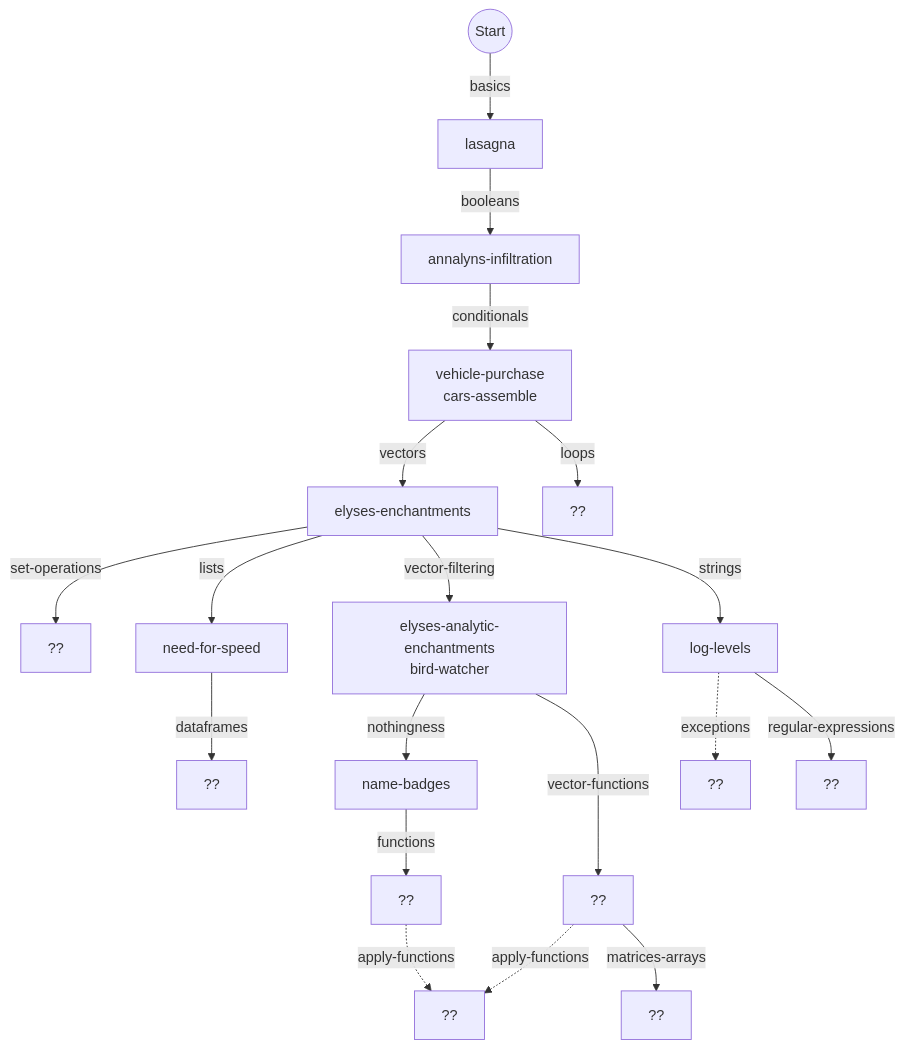
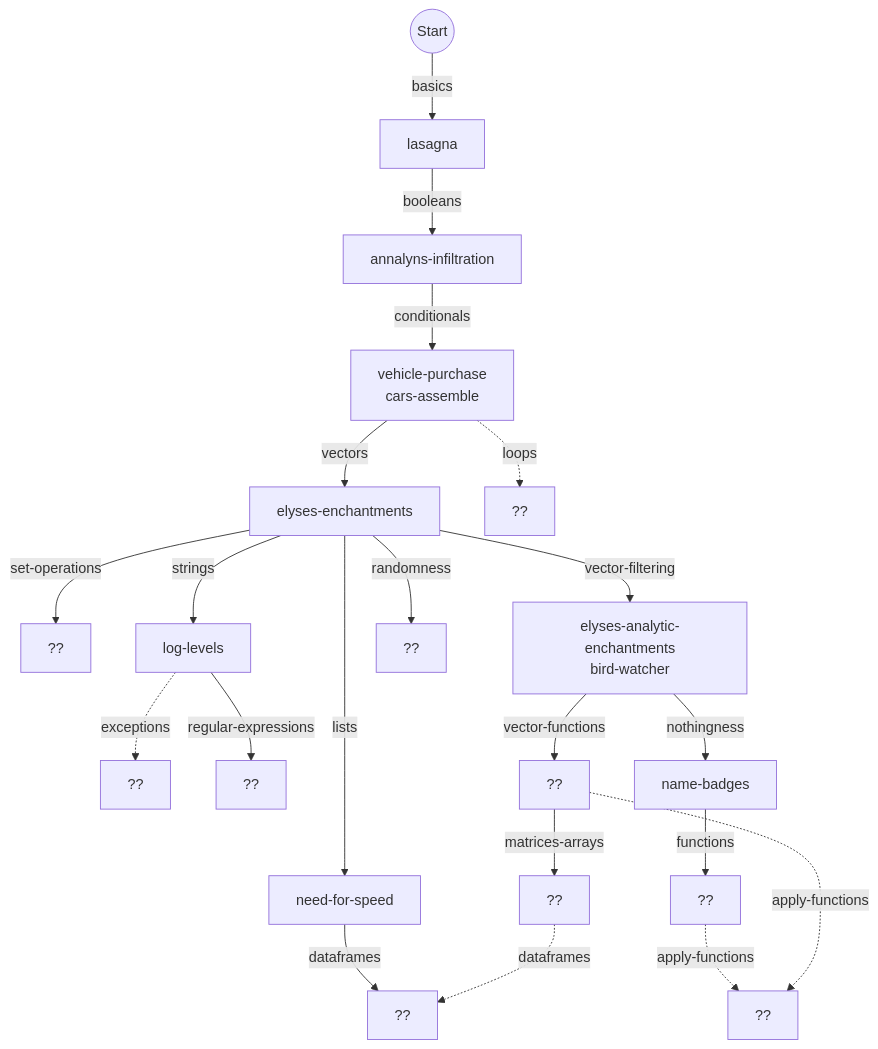
The first of 2 diagrams in flowchart.md (colinleach/r_concepts), drawn with Mermaid before and after one commit. The commit also changed other lines of this file and 6 other files, not shown here.

````diff
--- a/flowchart.md
+++ b/flowchart.md
@@ -5,22 +7,24 @@
 ```mermaid
 graph TD
     
 start(("Start")) --basics--> basics["lasagna"]
 basics --booleans--> booleans["annalyns-infiltration"]
 booleans --conditionals--> conditionals["vehicle-purchase<br/>cars-assemble"]
 conditionals --vectors--> vectors["elyses-enchantments"]
-conditionals --loops--> loops["??"]
+conditionals -.loops.-> loops["??"]
 vectors --set-operations--> set-operations["??"]
+strings -.exceptions.-> exceptions["??"]
 vectors --lists--> lists["need-for-speed"]
 vectors --vector-filtering--> vector-filtering["elyses-analytic-enchantments<br/>bird-watcher"]
+strings --regular-expressions--> regular-expressions["??"]
+vector-filtering --vector-functions--> vector-functions["??"]
 vector-filtering --nothingness--> nothingness["name-badges"]
 vectors --strings--> strings["log-levels"]
-strings -.exceptions.-> exceptions["??"]
-vector-filtering --vector-functions--> vector-functions["??"]
+vectors --randomness--> randomness["??"]
 nothingness --functions--> functions["??"]
 functions -.apply-functions.-> apply-functions["??"]
 vector-functions -.apply-functions.-> apply-functions["??"]
 vector-functions --matrices-arrays--> matrices-arrays["??"]
 lists --dataframes--> dataframes["??"]
-strings --regular-expressions--> regular-expressions["??"]
+matrices-arrays -.dataframes.-> dataframes
 ```
````
